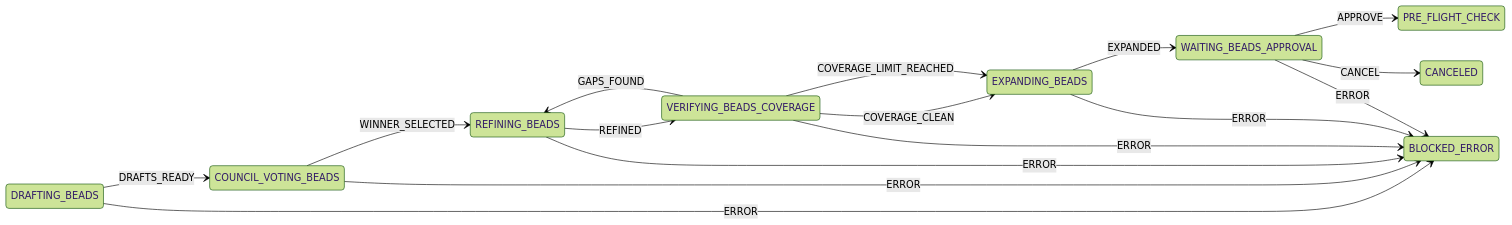
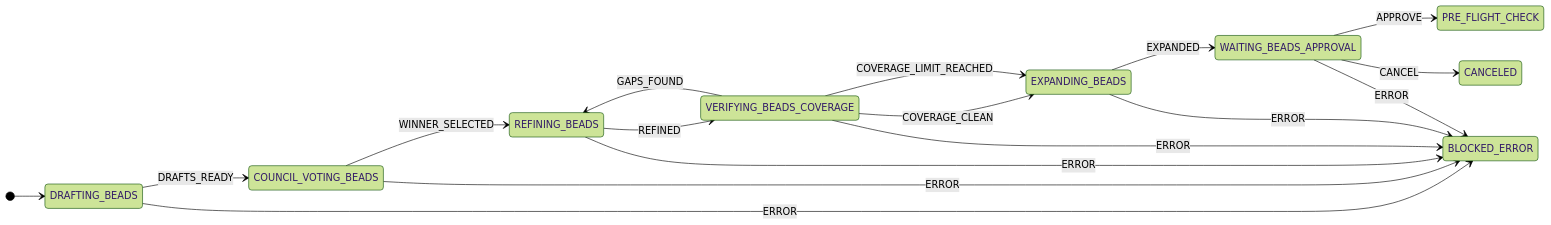
One commit to antclt/LoopTroop changed the fifth of 7 diagrams in docs/ticket-flow.md. Above: the diagram before and after it, drawn with Mermaid (forest theme). The commit also changed other lines of this file, not shown here.

First line of the commit message:
fix: add entry points to state machine diagrams for proper rendering

````diff
--- a/docs/ticket-flow.md
+++ b/docs/ticket-flow.md
@@ -269,25 +273,27 @@
 ```mermaid
 stateDiagram-v2
     direction LR
+
+    [*] --> DRAFTING_BEADS
 
     DRAFTING_BEADS --> COUNCIL_VOTING_BEADS: DRAFTS_READY
     DRAFTING_BEADS --> BLOCKED_ERROR: ERROR
 
     COUNCIL_VOTING_BEADS --> REFINING_BEADS: WINNER_SELECTED
     COUNCIL_VOTING_BEADS --> BLOCKED_ERROR: ERROR
 
     REFINING_BEADS --> VERIFYING_BEADS_COVERAGE: REFINED
     REFINING_BEADS --> BLOCKED_ERROR: ERROR
 
     VERIFYING_BEADS_COVERAGE --> REFINING_BEADS: GAPS_FOUND
     VERIFYING_BEADS_COVERAGE --> EXPANDING_BEADS: COVERAGE_CLEAN
     VERIFYING_BEADS_COVERAGE --> EXPANDING_BEADS: COVERAGE_LIMIT_REACHED
     VERIFYING_BEADS_COVERAGE --> BLOCKED_ERROR: ERROR
 
     EXPANDING_BEADS --> WAITING_BEADS_APPROVAL: EXPANDED
     EXPANDING_BEADS --> BLOCKED_ERROR: ERROR
 
     WAITING_BEADS_APPROVAL --> PRE_FLIGHT_CHECK: APPROVE
     WAITING_BEADS_APPROVAL --> BLOCKED_ERROR: ERROR
     WAITING_BEADS_APPROVAL --> CANCELED: CANCEL
 ```
````
